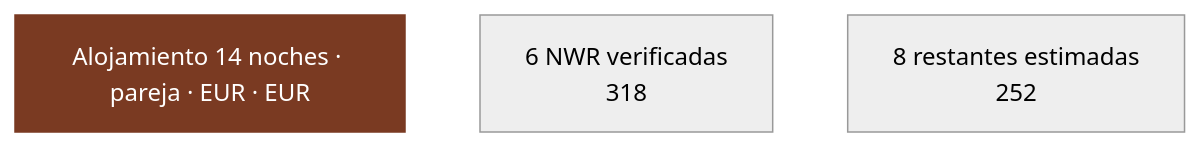
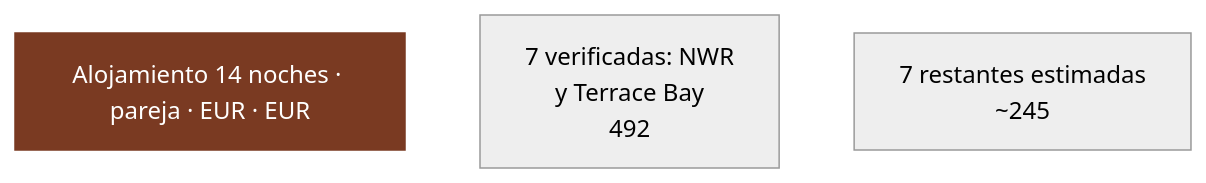
Before and after one commit to morandeirachema/namibia: the fourth of 8 diagrams in 02-presupuesto.md, drawn with Mermaid (neutral theme). The commit also changed other lines of this file and 22 other files, not shown here.

````diff
--- a/02-presupuesto.md
+++ b/02-presupuesto.md
@@ -214,9 +217,9 @@
 ```mermaid
 flowchart LR
     T["Alojamiento 14 noches · pareja · EUR · EUR"]
-    n0["6 NWR verificadas<br/>318"]
-    n1["8 restantes estimadas<br/>252"]
+    n0["7 verificadas: NWR<br/>y Terrace Bay<br/>492"]
+    n1["7 restantes estimadas<br/>~245"]
     T ~~~ n0
     n0 ~~~ n1
     style T fill:#7a3a22,color:#fff,stroke:#7a3a22
 ```
````
